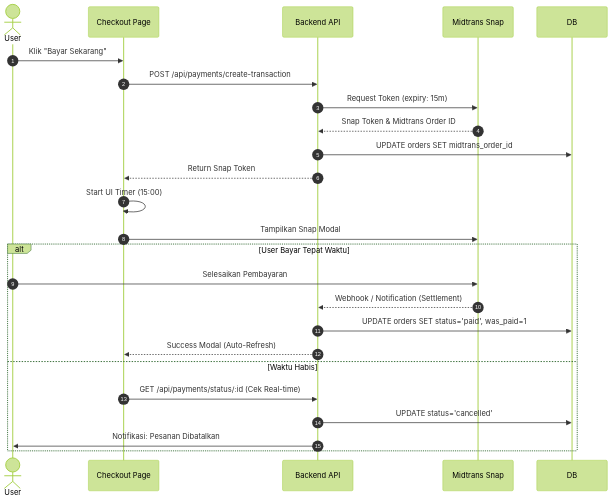
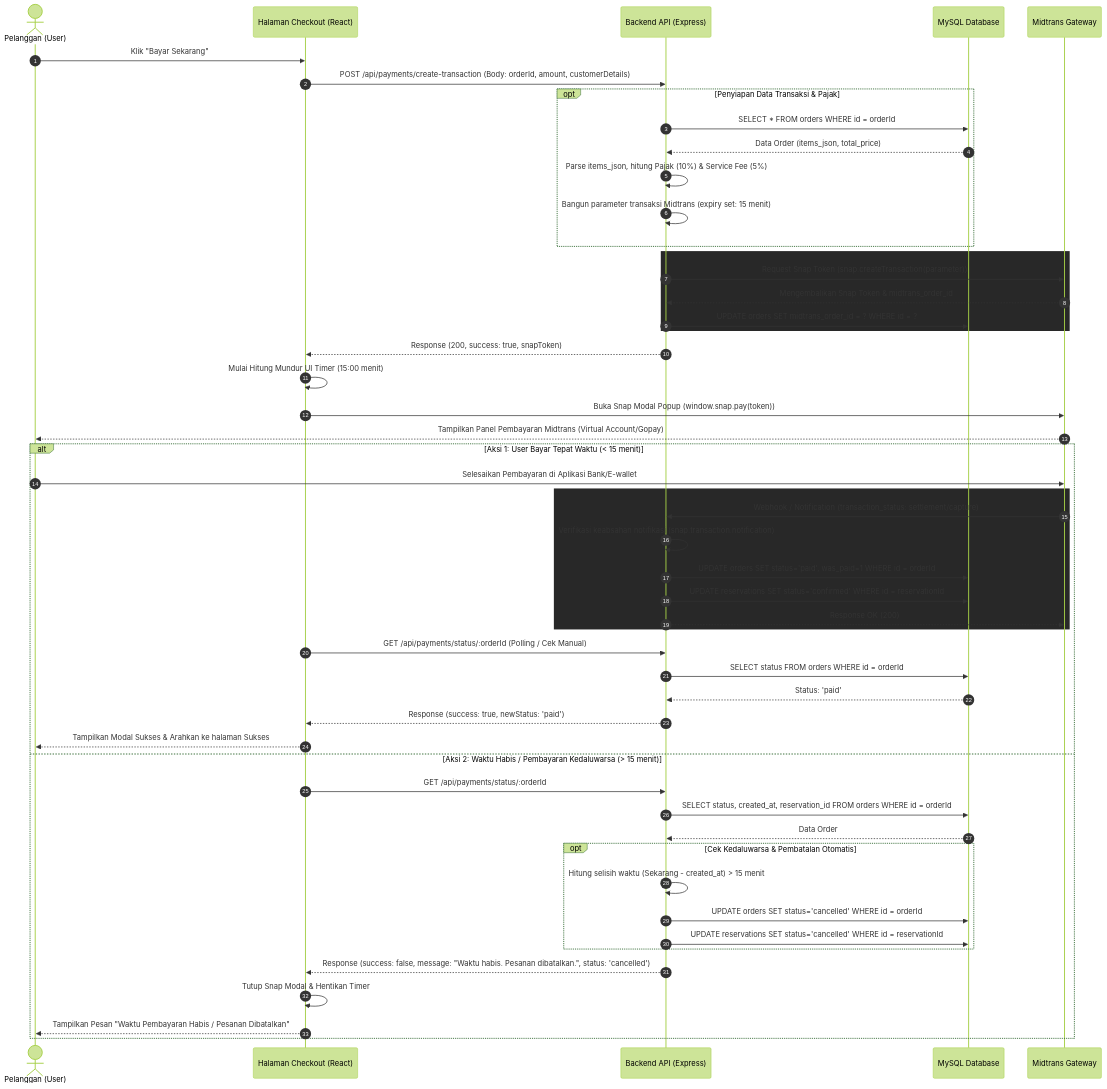
Before and after one commit to AkbarHusaini/website-reservasi-online-Ineri-suki: the fourth of 8 diagrams in DIAGRAM.md, drawn with Mermaid (forest theme). The commit also changed other lines of this file, not shown here.

Commit message:
docs: upgrade all sequence diagrams in DIAGRAM.md to be highly detailed and code-aligned

````diff
--- a/DIAGRAM.md
+++ b/DIAGRAM.md
@@ -99,29 +125,64 @@
 ```mermaid
 sequenceDiagram
     autonumber
-    actor User
-    participant FE as Checkout Page
-    participant BE as Backend API
-    participant PG as Midtrans Snap
+    actor User as Pelanggan (User)
+    participant FE as Halaman Checkout (React)
+    participant BE as Backend API (Express)
+    participant DB as MySQL Database
+    participant PG as Midtrans Gateway
 
     User->>FE: Klik "Bayar Sekarang"
-    FE->>BE: POST /api/payments/create-transaction
-    BE->>PG: Request Token (expiry: 15m)
-    PG-->>BE: Snap Token & Midtrans Order ID
-    BE->>DB: UPDATE orders SET midtrans_order_id
-    BE-->>FE: Return Snap Token
+    FE->>BE: POST /api/payments/create-transaction (Body: orderId, amount, customerDetails)
     
-    FE->>FE: Start UI Timer (15:00)
-    FE->>PG: Tampilkan Snap Modal
+    opt Penyiapan Data Transaksi & Pajak
+        BE->>DB: SELECT * FROM orders WHERE id = orderId
+        DB-->>BE: Data Order (items_json, total_price)
+        BE->>BE: Parse items_json, hitung Pajak (10%) & Service Fee (5%)
+        BE->>BE: Bangun parameter transaksi Midtrans (expiry set: 15 menit)
+    end
     
-    alt User Bayar Tepat Waktu
-        User->>PG: Selesaikan Pembayaran
-        PG-->>BE: Webhook / Notification (Settlement)
-        BE->>DB: UPDATE orders SET status='paid', was_paid=1
-        BE-->>FE: Success Modal (Auto-Refresh)
-    else Waktu Habis
-        FE->>BE: GET /api/payments/status/:id (Cek Real-time)
-        BE->>DB: UPDATE status='cancelled'
-        BE->>User: Notifikasi: Pesanan Dibatalkan
+    rect rgb(40, 40, 40)
+        BE->>PG: Request Snap Token (snap.createTransaction(parameter))
+        PG-->>BE: Mengembalikan Snap Token & midtrans_order_id
+        BE->>DB: UPDATE orders SET midtrans_order_id = ? WHERE id = ?
+    end
+    
+    BE-->>FE: Response (200, success: true, snapToken)
+    
+    FE->>FE: Mulai Hitung Mundur UI Timer (15:00 menit)
+    FE->>PG: Buka Snap Modal Popup (window.snap.pay(token))
+    PG-->>User: Tampilkan Panel Pembayaran Midtrans (Virtual Account/Gopay)
+    
+    alt Aksi 1: User Bayar Tepat Waktu (< 15 menit)
+        User->>PG: Selesaikan Pembayaran di Aplikasi Bank/E-wallet
+        
+        rect rgb(40, 40, 40)
+            PG->>BE: Webhook / Notification (transaction_status: settlement/capture)
+            BE->>BE: Verifikasi keabsahan notifikasi (snap.transaction.notification)
+            BE->>DB: UPDATE orders SET status='paid', was_paid=1 WHERE id = orderId
+            BE->>DB: UPDATE reservations SET status='confirmed' WHERE id = reservationId
+            BE-->>PG: Response OK (200)
+        end
+        
+        FE->>BE: GET /api/payments/status/:orderId (Polling / Cek Manual)
+        BE->>DB: SELECT status FROM orders WHERE id = orderId
+        DB-->>BE: Status: 'paid'
+        BE-->>FE: Response (success: true, newStatus: 'paid')
+        FE-->>User: Tampilkan Modal Sukses & Arahkan ke halaman Sukses
+        
+    else Aksi 2: Waktu Habis / Pembayaran Kedaluwarsa (> 15 menit)
+        FE->>BE: GET /api/payments/status/:orderId
+        BE->>DB: SELECT status, created_at, reservation_id FROM orders WHERE id = orderId
+        DB-->>BE: Data Order
+        
+        opt Cek Kedaluwarsa & Pembatalan Otomatis
+            BE->>BE: Hitung selisih waktu (Sekarang - created_at) > 15 menit
+            BE->>DB: UPDATE orders SET status='cancelled' WHERE id = orderId
+            BE->>DB: UPDATE reservations SET status='cancelled' WHERE id = reservationId
+        end
+        
+        BE-->>FE: Response (success: false, message: "Waktu habis. Pesanan dibatalkan.", status: 'cancelled')
+        FE->>FE: Tutup Snap Modal & Hentikan Timer
+        FE-->>User: Tampilkan Pesan "Waktu Pembayaran Habis / Pesanan Dibatalkan"
     end
 ```
````
